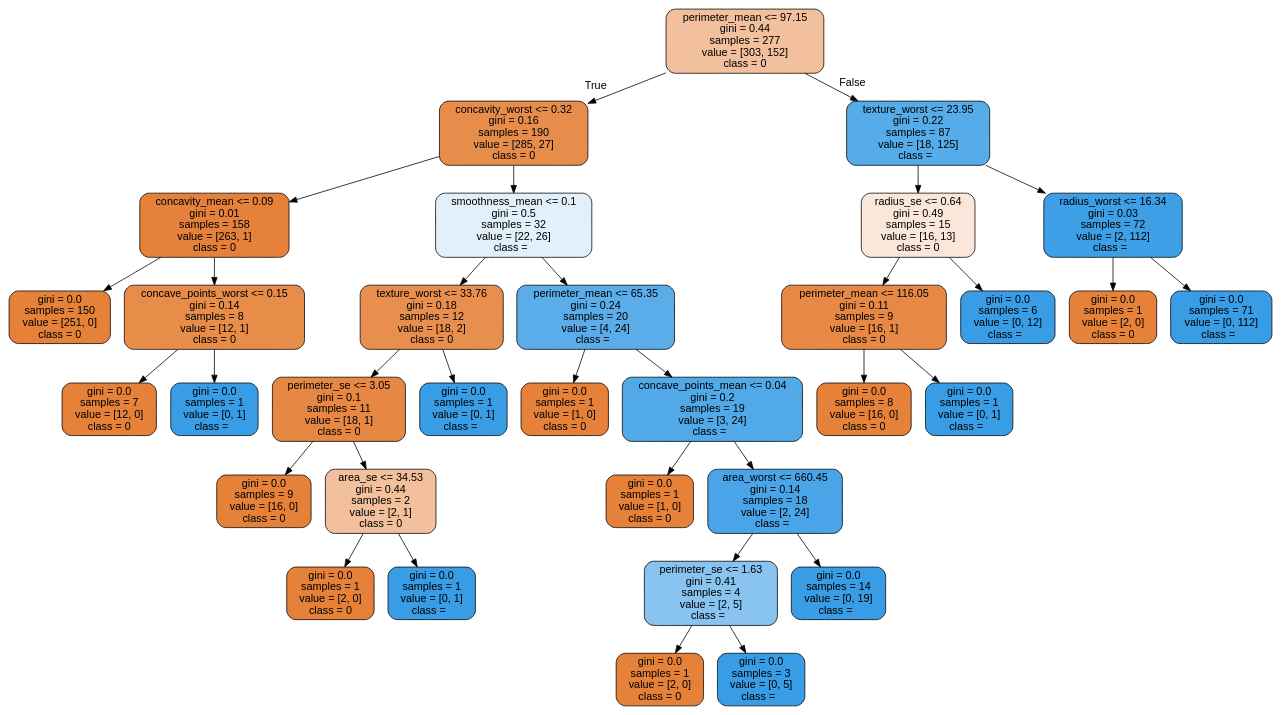
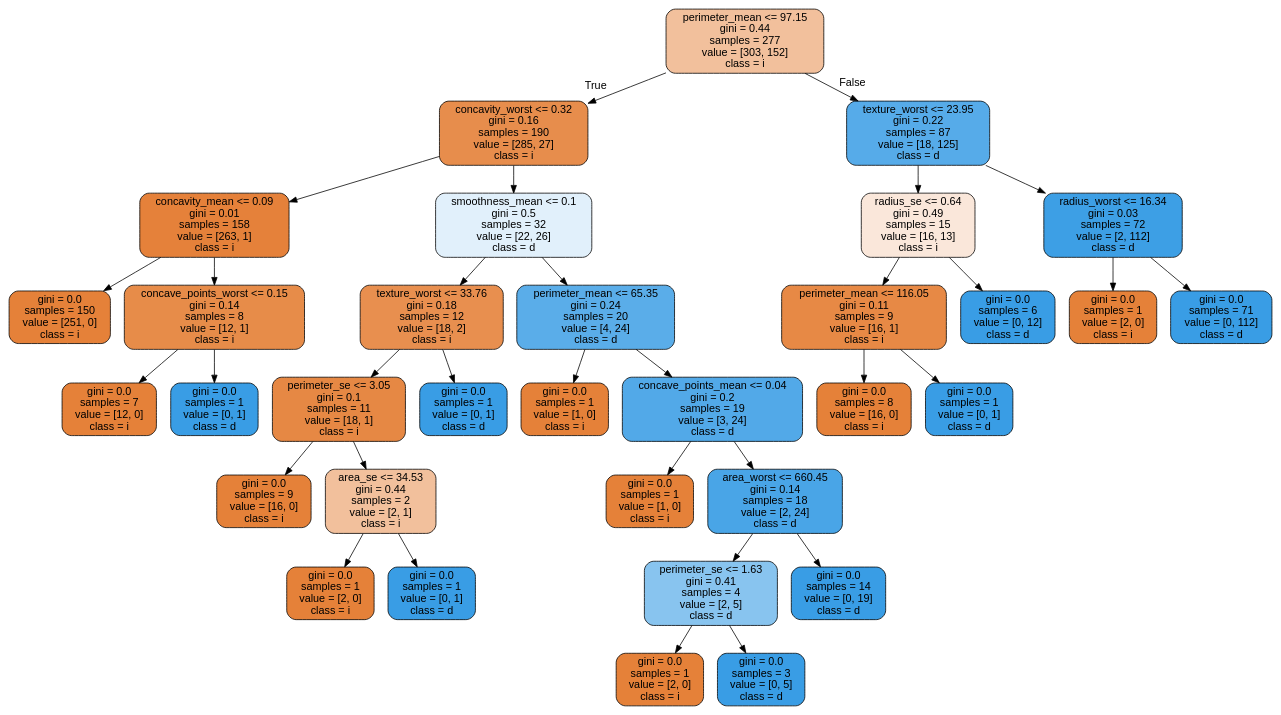
Before and after one commit to cyrilvincent/ML: the diagram in data/breast-cancer/tree.dot, drawn with Graphviz. The commit also changed 1 other file, not shown here.

```diff
--- a/data/breast-cancer/tree.dot
+++ b/data/breast-cancer/tree.dot
@@ -1,69 +1,69 @@
 digraph Tree {
 node [shape=box, style="filled, rounded", color="black", fontname="helvetica"] ;
 edge [fontname="helvetica"] ;
-0 [label="perimeter_mean <= 97.15\ngini = 0.44\nsamples = 277\nvalue = [303, 152]\nclass = 0", fillcolor="#f2c09c"] ;
-1 [label="concavity_worst <= 0.32\ngini = 0.16\nsamples = 190\nvalue = [285, 27]\nclass = 0", fillcolor="#e78d4c"] ;
+0 [label="perimeter_mean <= 97.15\ngini = 0.44\nsamples = 277\nvalue = [303, 152]\nclass = i", fillcolor="#f2c09c"] ;
+1 [label="concavity_worst <= 0.32\ngini = 0.16\nsamples = 190\nvalue = [285, 27]\nclass = i", fillcolor="#e78d4c"] ;
 0 -> 1 [labeldistance=2.5, labelangle=45, headlabel="True"] ;
-2 [label="concavity_mean <= 0.09\ngini = 0.01\nsamples = 158\nvalue = [263, 1]\nclass = 0", fillcolor="#e5813a"] ;
+2 [label="concavity_mean <= 0.09\ngini = 0.01\nsamples = 158\nvalue = [263, 1]\nclass = i", fillcolor="#e5813a"] ;
 1 -> 2 ;
-3 [label="gini = 0.0\nsamples = 150\nvalue = [251, 0]\nclass = 0", fillcolor="#e58139"] ;
+3 [label="gini = 0.0\nsamples = 150\nvalue = [251, 0]\nclass = i", fillcolor="#e58139"] ;
 2 -> 3 ;
-4 [label="concave_points_worst <= 0.15\ngini = 0.14\nsamples = 8\nvalue = [12, 1]\nclass = 0", fillcolor="#e78c49"] ;
+4 [label="concave_points_worst <= 0.15\ngini = 0.14\nsamples = 8\nvalue = [12, 1]\nclass = i", fillcolor="#e78c49"] ;
 2 -> 4 ;
-5 [label="gini = 0.0\nsamples = 7\nvalue = [12, 0]\nclass = 0", fillcolor="#e58139"] ;
+5 [label="gini = 0.0\nsamples = 7\nvalue = [12, 0]\nclass = i", fillcolor="#e58139"] ;
 4 -> 5 ;
-6 [label="gini = 0.0\nsamples = 1\nvalue = [0, 1]\nclass =  ", fillcolor="#399de5"] ;
+6 [label="gini = 0.0\nsamples = 1\nvalue = [0, 1]\nclass = d", fillcolor="#399de5"] ;
 4 -> 6 ;
-7 [label="smoothness_mean <= 0.1\ngini = 0.5\nsamples = 32\nvalue = [22, 26]\nclass =  ", fillcolor="#e1f0fb"] ;
+7 [label="smoothness_mean <= 0.1\ngini = 0.5\nsamples = 32\nvalue = [22, 26]\nclass = d", fillcolor="#e1f0fb"] ;
 1 -> 7 ;
-8 [label="texture_worst <= 33.76\ngini = 0.18\nsamples = 12\nvalue = [18, 2]\nclass = 0", fillcolor="#e88f4f"] ;
+8 [label="texture_worst <= 33.76\ngini = 0.18\nsamples = 12\nvalue = [18, 2]\nclass = i", fillcolor="#e88f4f"] ;
 7 -> 8 ;
-9 [label="perimeter_se <= 3.05\ngini = 0.1\nsamples = 11\nvalue = [18, 1]\nclass = 0", fillcolor="#e68844"] ;
+9 [label="perimeter_se <= 3.05\ngini = 0.1\nsamples = 11\nvalue = [18, 1]\nclass = i", fillcolor="#e68844"] ;
 8 -> 9 ;
-10 [label="gini = 0.0\nsamples = 9\nvalue = [16, 0]\nclass = 0", fillcolor="#e58139"] ;
+10 [label="gini = 0.0\nsamples = 9\nvalue = [16, 0]\nclass = i", fillcolor="#e58139"] ;
 9 -> 10 ;
-11 [label="area_se <= 34.53\ngini = 0.44\nsamples = 2\nvalue = [2, 1]\nclass = 0", fillcolor="#f2c09c"] ;
+11 [label="area_se <= 34.53\ngini = 0.44\nsamples = 2\nvalue = [2, 1]\nclass = i", fillcolor="#f2c09c"] ;
 9 -> 11 ;
-12 [label="gini = 0.0\nsamples = 1\nvalue = [2, 0]\nclass = 0", fillcolor="#e58139"] ;
+12 [label="gini = 0.0\nsamples = 1\nvalue = [2, 0]\nclass = i", fillcolor="#e58139"] ;
 11 -> 12 ;
-13 [label="gini = 0.0\nsamples = 1\nvalue = [0, 1]\nclass =  ", fillcolor="#399de5"] ;
+13 [label="gini = 0.0\nsamples = 1\nvalue = [0, 1]\nclass = d", fillcolor="#399de5"] ;
 11 -> 13 ;
-14 [label="gini = 0.0\nsamples = 1\nvalue = [0, 1]\nclass =  ", fillcolor="#399de5"] ;
+14 [label="gini = 0.0\nsamples = 1\nvalue = [0, 1]\nclass = d", fillcolor="#399de5"] ;
 8 -> 14 ;
-15 [label="perimeter_mean <= 65.35\ngini = 0.24\nsamples = 20\nvalue = [4, 24]\nclass =  ", fillcolor="#5aade9"] ;
+15 [label="perimeter_mean <= 65.35\ngini = 0.24\nsamples = 20\nvalue = [4, 24]\nclass = d", fillcolor="#5aade9"] ;
 7 -> 15 ;
-16 [label="gini = 0.0\nsamples = 1\nvalue = [1, 0]\nclass = 0", fillcolor="#e58139"] ;
+16 [label="gini = 0.0\nsamples = 1\nvalue = [1, 0]\nclass = i", fillcolor="#e58139"] ;
 15 -> 16 ;
-17 [label="concave_points_mean <= 0.04\ngini = 0.2\nsamples = 19\nvalue = [3, 24]\nclass =  ", fillcolor="#52a9e8"] ;
+17 [label="concave_points_mean <= 0.04\ngini = 0.2\nsamples = 19\nvalue = [3, 24]\nclass = d", fillcolor="#52a9e8"] ;
 15 -> 17 ;
-18 [label="gini = 0.0\nsamples = 1\nvalue = [1, 0]\nclass = 0", fillcolor="#e58139"] ;
+18 [label="gini = 0.0\nsamples = 1\nvalue = [1, 0]\nclass = i", fillcolor="#e58139"] ;
 17 -> 18 ;
-19 [label="area_worst <= 660.45\ngini = 0.14\nsamples = 18\nvalue = [2, 24]\nclass =  ", fillcolor="#49a5e7"] ;
+19 [label="area_worst <= 660.45\ngini = 0.14\nsamples = 18\nvalue = [2, 24]\nclass = d", fillcolor="#49a5e7"] ;
 17 -> 19 ;
-20 [label="perimeter_se <= 1.63\ngini = 0.41\nsamples = 4\nvalue = [2, 5]\nclass =  ", fillcolor="#88c4ef"] ;
+20 [label="perimeter_se <= 1.63\ngini = 0.41\nsamples = 4\nvalue = [2, 5]\nclass = d", fillcolor="#88c4ef"] ;
 19 -> 20 ;
-21 [label="gini = 0.0\nsamples = 1\nvalue = [2, 0]\nclass = 0", fillcolor="#e58139"] ;
+21 [label="gini = 0.0\nsamples = 1\nvalue = [2, 0]\nclass = i", fillcolor="#e58139"] ;
 20 -> 21 ;
-22 [label="gini = 0.0\nsamples = 3\nvalue = [0, 5]\nclass =  ", fillcolor="#399de5"] ;
+22 [label="gini = 0.0\nsamples = 3\nvalue = [0, 5]\nclass = d", fillcolor="#399de5"] ;
 20 -> 22 ;
-23 [label="gini = 0.0\nsamples = 14\nvalue = [0, 19]\nclass =  ", fillcolor="#399de5"] ;
+23 [label="gini = 0.0\nsamples = 14\nvalue = [0, 19]\nclass = d", fillcolor="#399de5"] ;
 19 -> 23 ;
-24 [label="texture_worst <= 23.95\ngini = 0.22\nsamples = 87\nvalue = [18, 125]\nclass =  ", fillcolor="#56abe9"] ;
+24 [label="texture_worst <= 23.95\ngini = 0.22\nsamples = 87\nvalue = [18, 125]\nclass = d", fillcolor="#56abe9"] ;
 0 -> 24 [labeldistance=2.5, labelangle=-45, headlabel="False"] ;
-25 [label="radius_se <= 0.64\ngini = 0.49\nsamples = 15\nvalue = [16, 13]\nclass = 0", fillcolor="#fae7da"] ;
+25 [label="radius_se <= 0.64\ngini = 0.49\nsamples = 15\nvalue = [16, 13]\nclass = i", fillcolor="#fae7da"] ;
 24 -> 25 ;
-26 [label="perimeter_mean <= 116.05\ngini = 0.11\nsamples = 9\nvalue = [16, 1]\nclass = 0", fillcolor="#e78945"] ;
+26 [label="perimeter_mean <= 116.05\ngini = 0.11\nsamples = 9\nvalue = [16, 1]\nclass = i", fillcolor="#e78945"] ;
 25 -> 26 ;
-27 [label="gini = 0.0\nsamples = 8\nvalue = [16, 0]\nclass = 0", fillcolor="#e58139"] ;
+27 [label="gini = 0.0\nsamples = 8\nvalue = [16, 0]\nclass = i", fillcolor="#e58139"] ;
 26 -> 27 ;
-28 [label="gini = 0.0\nsamples = 1\nvalue = [0, 1]\nclass =  ", fillcolor="#399de5"] ;
+28 [label="gini = 0.0\nsamples = 1\nvalue = [0, 1]\nclass = d", fillcolor="#399de5"] ;
 26 -> 28 ;
-29 [label="gini = 0.0\nsamples = 6\nvalue = [0, 12]\nclass =  ", fillcolor="#399de5"] ;
+29 [label="gini = 0.0\nsamples = 6\nvalue = [0, 12]\nclass = d", fillcolor="#399de5"] ;
 25 -> 29 ;
-30 [label="radius_worst <= 16.34\ngini = 0.03\nsamples = 72\nvalue = [2, 112]\nclass =  ", fillcolor="#3d9fe5"] ;
+30 [label="radius_worst <= 16.34\ngini = 0.03\nsamples = 72\nvalue = [2, 112]\nclass = d", fillcolor="#3d9fe5"] ;
 24 -> 30 ;
-31 [label="gini = 0.0\nsamples = 1\nvalue = [2, 0]\nclass = 0", fillcolor="#e58139"] ;
+31 [label="gini = 0.0\nsamples = 1\nvalue = [2, 0]\nclass = i", fillcolor="#e58139"] ;
 30 -> 31 ;
-32 [label="gini = 0.0\nsamples = 71\nvalue = [0, 112]\nclass =  ", fillcolor="#399de5"] ;
+32 [label="gini = 0.0\nsamples = 71\nvalue = [0, 112]\nclass = d", fillcolor="#399de5"] ;
 30 -> 32 ;
 }
```
